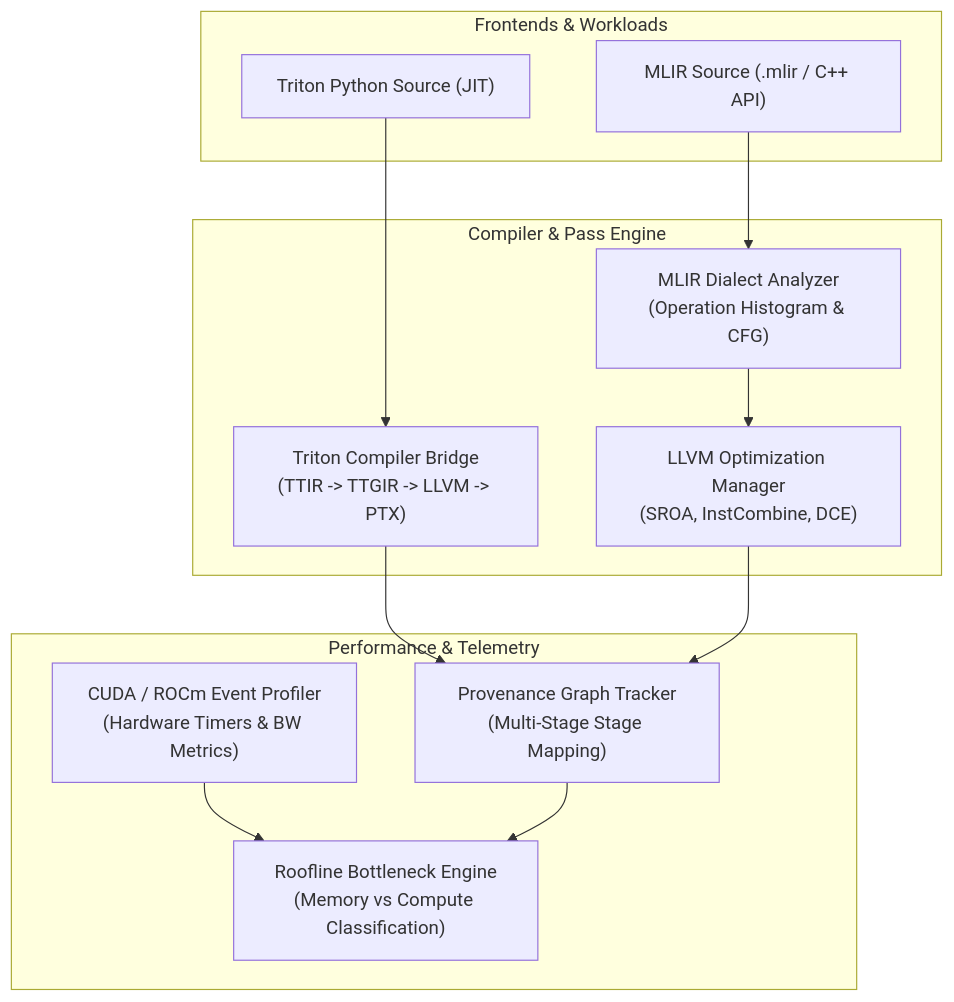
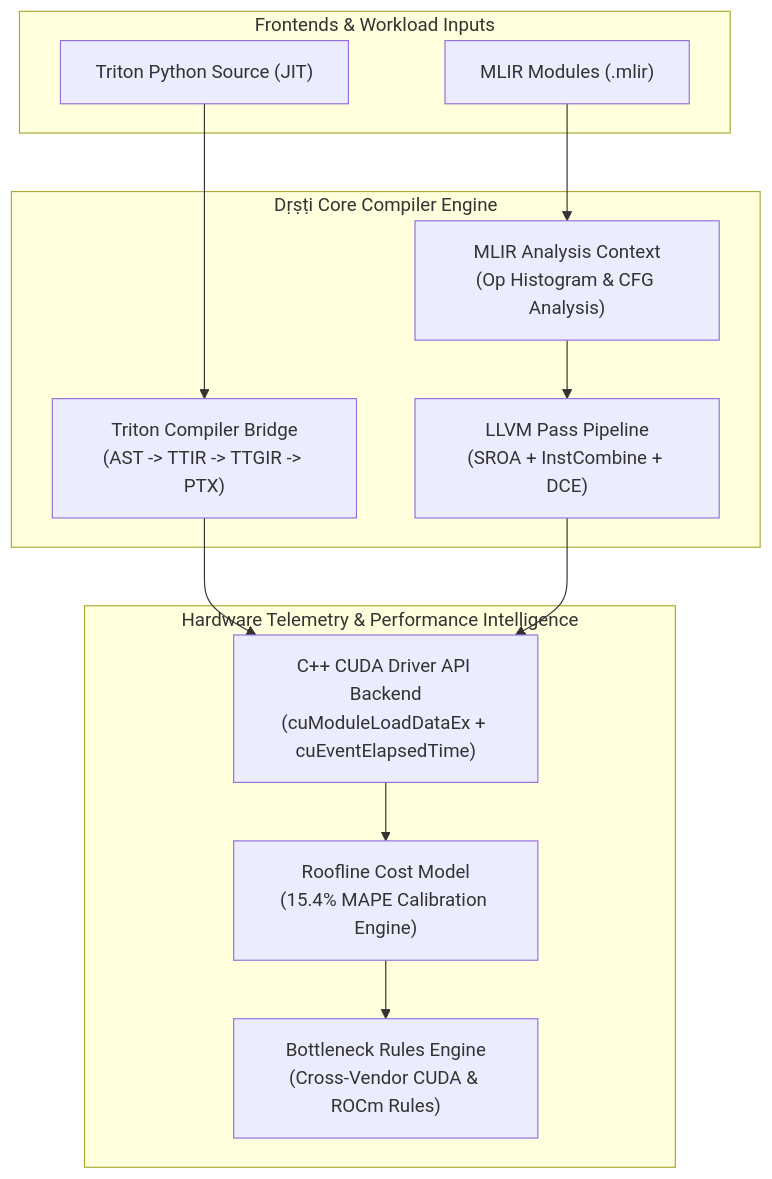
One commit to krish-rRay23/dhristi changed the second of 2 diagrams in README.md. Above: the diagram before and after it, drawn with Mermaid. The commit also changed other lines of this file and 2 other files, not shown here.

Commit message:
Redesign README.md into performance-first research presentation with visual SVG assets

````diff
--- a/README.md
+++ b/README.md
@@ -88,27 +152,27 @@
 ```mermaid
 flowchart TD
-    subgraph Frontend ["Frontends & Workloads"]
-        A1["Triton Python Source (JIT)"]
-        A2["MLIR Source (.mlir / C++ API)"]
+    subgraph Frontends ["Frontends & Workload Inputs"]
+        F1["Triton Python Source (JIT)"]
+        F2["MLIR Modules (.mlir)"]
     end
 
-    subgraph CompilerEngine ["Compiler & Pass Engine"]
-        B1["Triton Compiler Bridge\n(TTIR -> TTGIR -> LLVM -> PTX)"]
-        B2["MLIR Dialect Analyzer\n(Operation Histogram & CFG)"]
-        B3["LLVM Optimization Manager\n(SROA, InstCombine, DCE)"]
+    subgraph CoreEngine ["Dṛṣṭi Core Compiler Engine"]
+        C1["Triton Compiler Bridge\n(AST -> TTIR -> TTGIR -> PTX)"]
+        C2["MLIR Analysis Context\n(Op Histogram & CFG Analysis)"]
+        C3["LLVM Pass Pipeline\n(SROA + InstCombine + DCE)"]
     end
 
-    subgraph PerformanceIntelligence ["Performance & Telemetry"]
-        C1["Provenance Graph Tracker\n(Multi-Stage Stage Mapping)"]
-        C2["CUDA / ROCm Event Profiler\n(Hardware Timers & BW Metrics)"]
-        C3["Roofline Bottleneck Engine\n(Memory vs Compute Classification)"]
+    subgraph ProfilingEngine ["Hardware Telemetry & Performance Intelligence"]
+        P1["C++ CUDA Driver API Backend\n(cuModuleLoadDataEx + cuEventElapsedTime)"]
+        P2["Roofline Cost Model\n(15.4% MAPE Calibration Engine)"]
+        P3["Bottleneck Rules Engine\n(Cross-Vendor CUDA & ROCm Rules)"]
     end
 
-    A1 --> B1
-    A2 --> B2
-    B2 --> B3
-    B1 --> C1
-    B3 --> C1
+    F1 --> C1
+    F2 --> C2
     C2 --> C3
-    C1 --> C3
+    C1 --> P1
+    C3 --> P1
+    P1 --> P2
+    P2 --> P3
 ```
````
